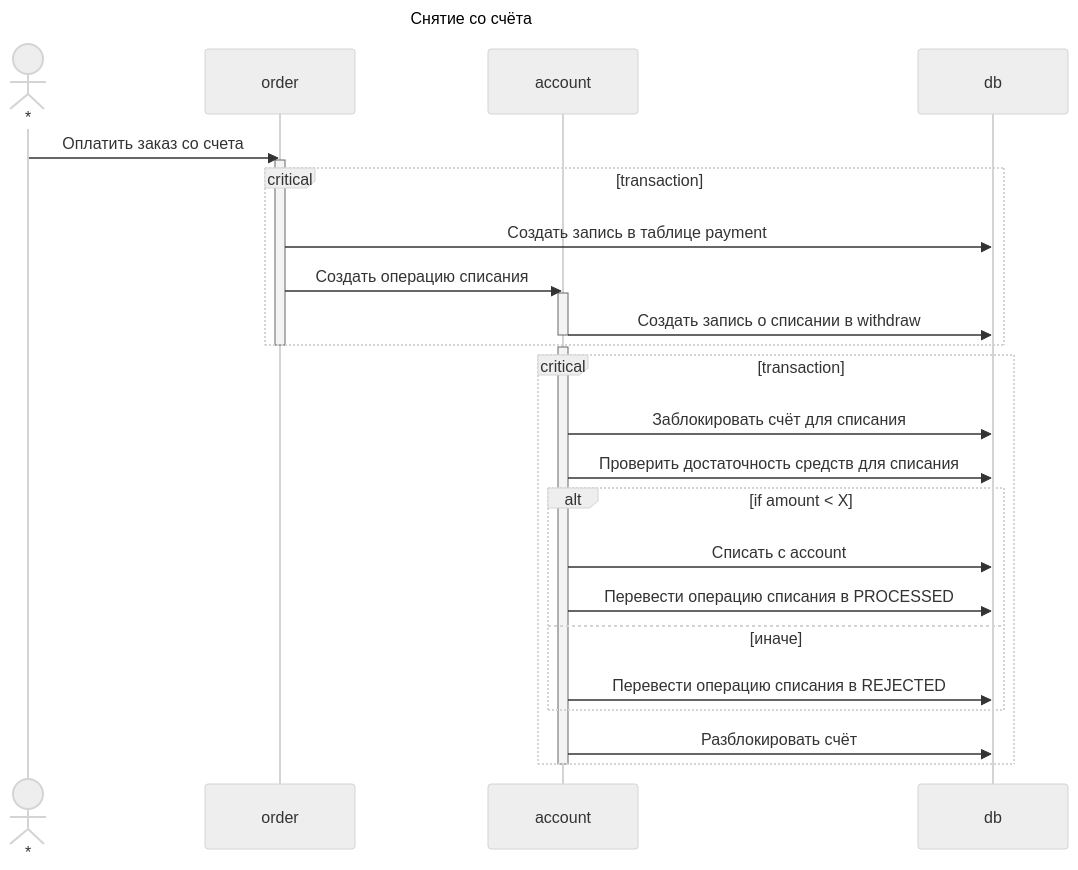
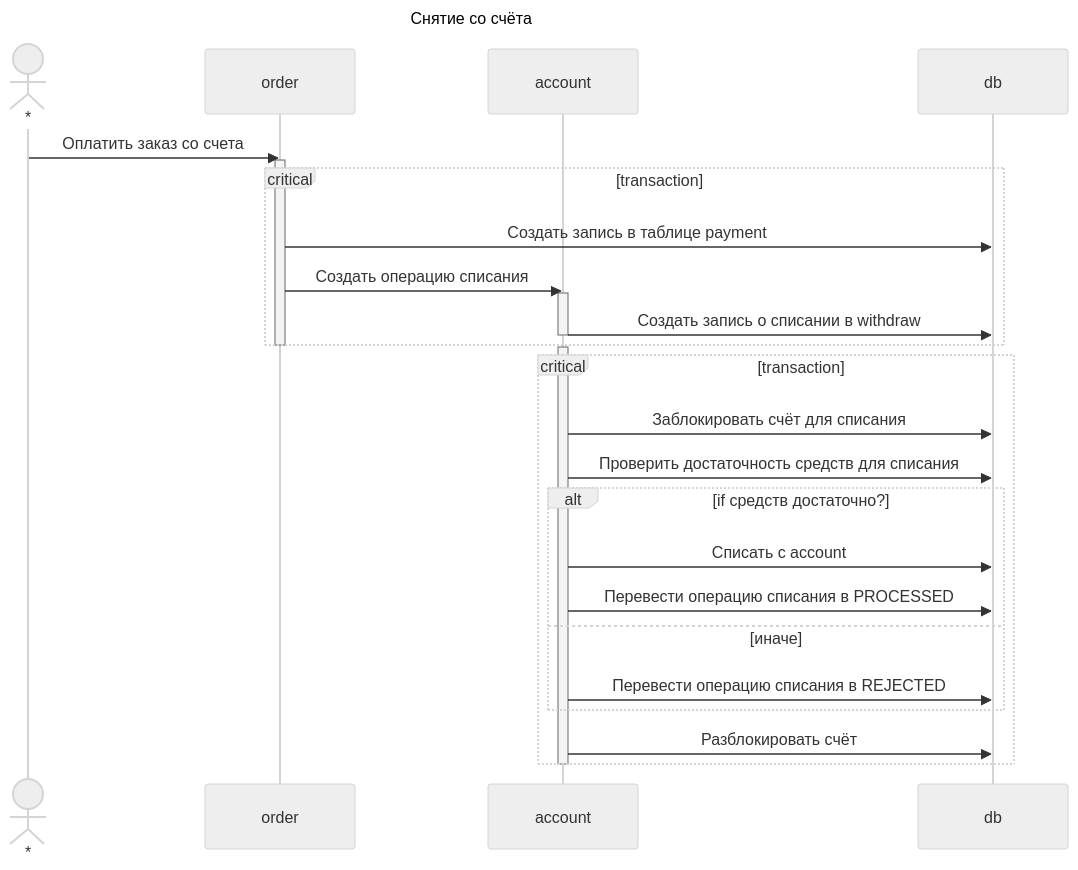
Before and after one commit to kosalnik/gmarket: the third of 5 diagrams in README.md, drawn with Mermaid (neutral theme).

Commit message:
Доки доки доки

````diff
--- a/README.md
+++ b/README.md
@@ -134,31 +134,31 @@
 ```mermaid
 sequenceDiagram
     title Снятие со счёта
     actor *
     participant order
     participant account
     participant db
     * ->> order : Оплатить заказ со счета
     activate order
       critical transaction 
         order ->> db: Создать запись в таблице payment
         order ->> account: Создать операцию списания
         activate account
             account ->> db : Создать запись о списании в withdraw
         deactivate account
       end
     deactivate order
     activate account
       critical transaction
         account ->> db: Заблокировать счёт для списания
         account ->> db: Проверить достаточность средств для списания
-        alt if amount < X
+        alt if средств достаточно?
           account ->> db: Списать с account
           account ->> db: Перевести операцию списания в PROCESSED
         else иначе
           account ->> db: Перевести операцию списания в REJECTED
         end
         account ->> db: Разблокировать счёт
       end
     deactivate account
 ```
````
